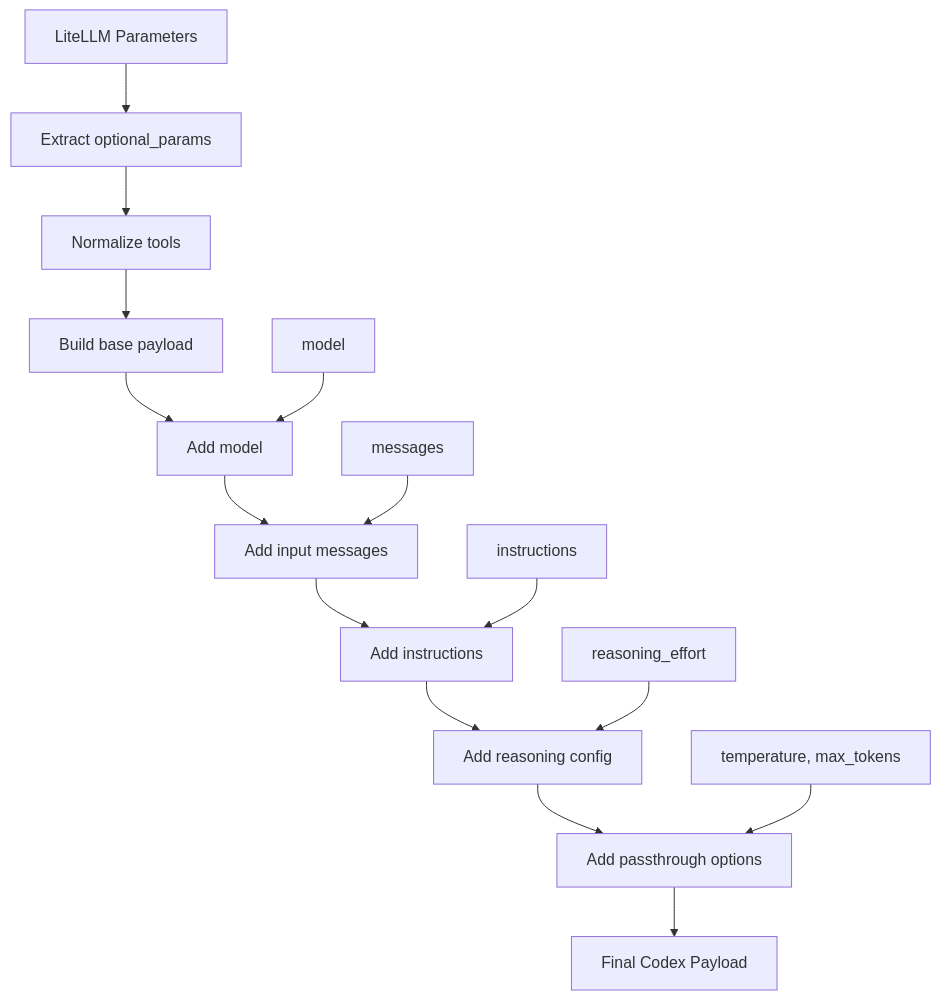
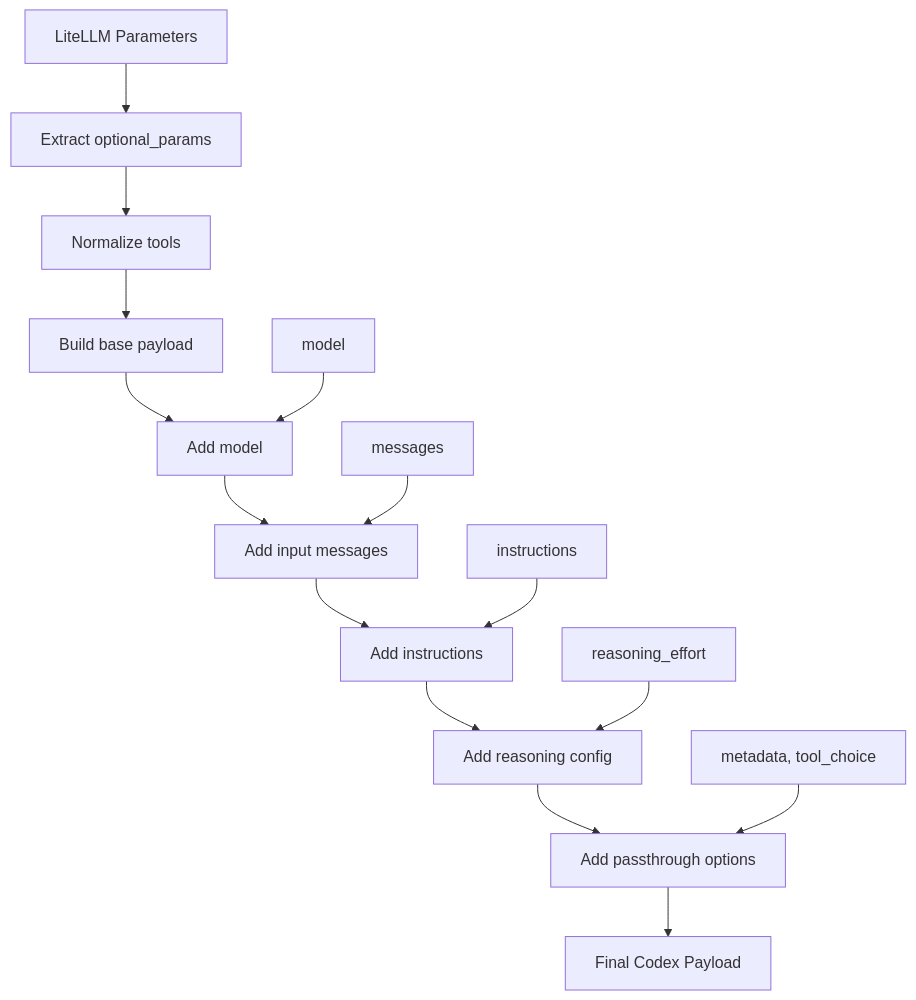
Before and after one commit to jslorrma/litellm-codex-oauth-provider: the third of 18 diagrams in docs/codex-api-integration.md, drawn with Mermaid. The commit also changed other lines of this file and 3 other files, not shown here.

First line of the commit message:
docs: update documentation for OpenAI client architecture

````diff
--- a/docs/codex-api-integration.md
+++ b/docs/codex-api-integration.md
@@ -53,18 +139,18 @@
 ```mermaid
 graph TD
     A[LiteLLM Parameters] --> B[Extract optional_params]
     B --> C[Normalize tools]
     C --> D[Build base payload]
     D --> E[Add model]
     E --> F[Add input messages]
     F --> G[Add instructions]
     G --> H[Add reasoning config]
     H --> I[Add passthrough options]
     I --> J[Final Codex Payload]
 
     K[model] --> E
     L[messages] --> F
     M[instructions] --> G
     N[reasoning_effort] --> H
-    O[temperature, max_tokens] --> I
+    O[metadata, tool_choice] --> I
 ```
````
